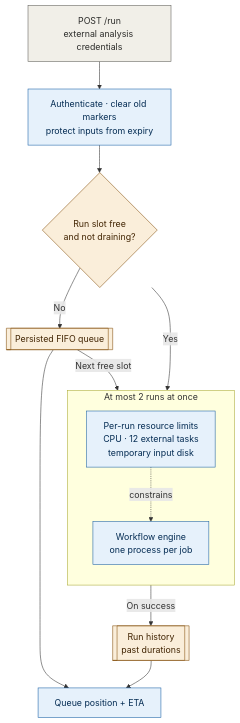
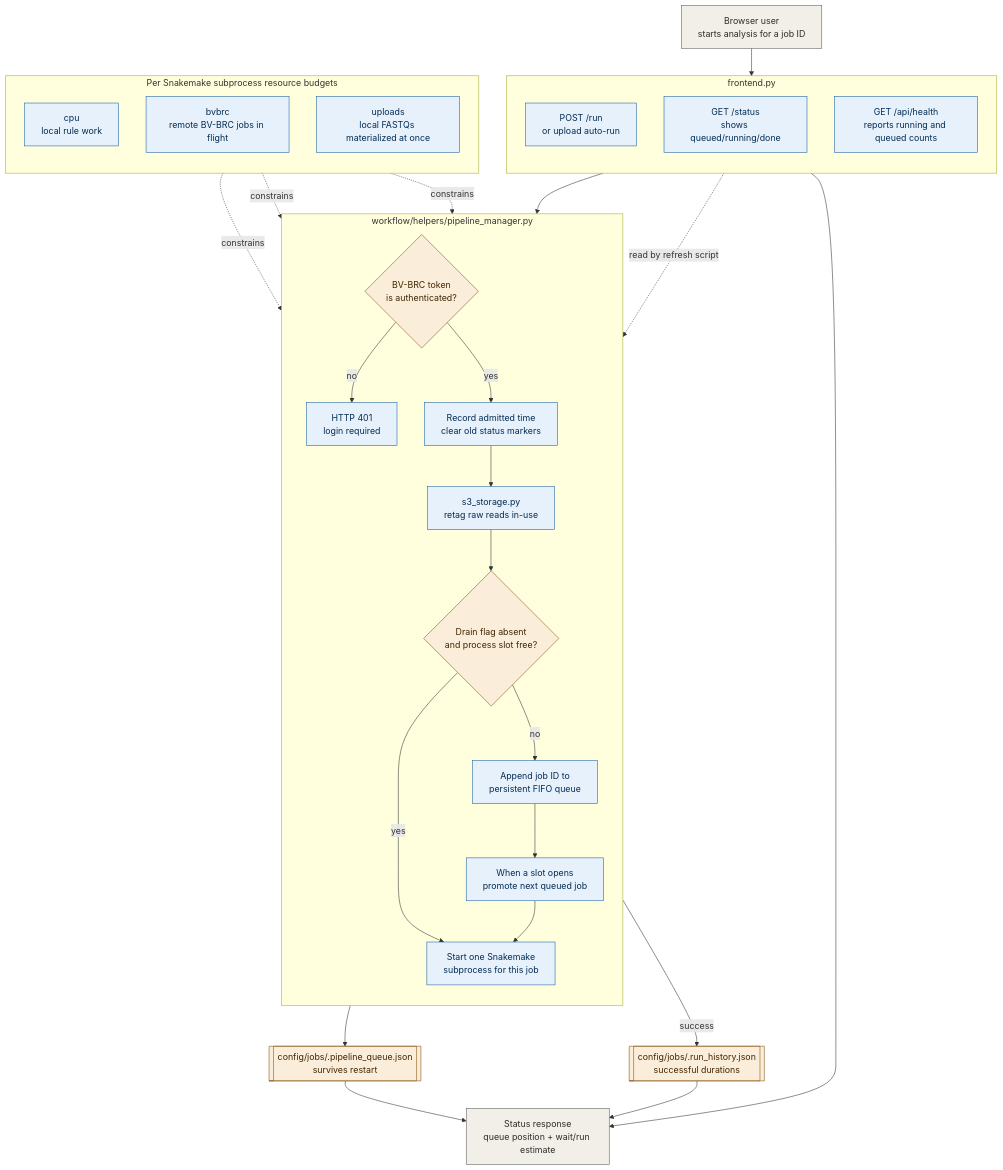
Before and after one commit to kennethtrancoding/bioinformatics: the second of 5 diagrams in docs/architecture.md, drawn with Mermaid. The commit also changed other lines of this file and 43 other files, not shown here.

First line of the commit message:
Rename workflow/lib to workflow/helpers; add durability and scaling docs

````diff
--- a/docs/architecture.md
+++ b/docs/architecture.md
@@ -60,33 +85,59 @@
 ```mermaid
 flowchart TB
-    RUNREQ["POST /run<br/>external analysis credentials"]
-    ADMIT["Authenticate · clear old markers<br/>protect inputs from expiry"]
-    SLOT{"Run slot free<br/>and not draining?"}
-    QUEUE[["Persisted FIFO queue"]]
+    USER["Browser user<br/>starts analysis for a job ID"]
 
-    subgraph WORK["At most 2 runs at once"]
+    subgraph ROUTES["frontend.py"]
         direction TB
-        POOLS["Per-run resource limits<br/>CPU · 12 external tasks<br/>temporary input disk"]
-        RUN["Workflow engine<br/>one process per job"]
-        POOLS -. constrains .-> RUN
+        RUNREQ["POST /run<br/>or upload auto-run"]
+        STATUS["GET /status<br/>shows queued/running/done"]
+        HEALTH["GET /api/health<br/>reports running and queued counts"]
     end
 
-    HIST[["Run history<br/>past durations"]]
-    ETA["Queue position + ETA"]
+    subgraph MANAGER["workflow/helpers/pipeline_manager.py"]
+        direction TB
+        AUTH{"BV-BRC token<br/>is authenticated?"}
+        ADMIT["Record admitted time<br/>clear old status markers"]
+        CLAIM["s3_storage.py<br/>retag raw reads in-use"]
+        SLOT{"Drain flag absent<br/>and process slot free?"}
+        START["Start one Snakemake<br/>subprocess for this job"]
+        ENQUEUE["Append job ID to<br/>persistent FIFO queue"]
+        DRAIN["When a slot opens<br/>promote next queued job"]
+        DENY["HTTP 401<br/>login required"]
 
-    RUNREQ --> ADMIT --> SLOT
-    SLOT -- Yes --> RUN
-    SLOT -- No --> QUEUE
-    QUEUE -- Next free slot --> RUN
+        AUTH -- no --> DENY
+        AUTH -- yes --> ADMIT --> CLAIM --> SLOT
+        SLOT -- yes --> START
+        SLOT -- no --> ENQUEUE
+        ENQUEUE --> DRAIN --> START
+    end
+
+    subgraph LIMITS["Per Snakemake subprocess resource budgets"]
+        direction TB
+        CPU["cpu<br/>local rule work"]
+        BVBRC["bvbrc<br/>remote BV-BRC jobs in flight"]
+        UPLOADS["uploads<br/>local FASTQs materialized at once"]
+        CPU -. constrains .-> START
+        BVBRC -. constrains .-> START
+        UPLOADS -. constrains .-> START
+    end
+
+    QUEUE[["config/jobs/.pipeline_queue.json<br/>survives restart"]]
+    HIST[["config/jobs/.run_history.json<br/>successful durations"]]
+    ETA["Status response<br/>queue position + wait/run estimate"]
+
+    USER --> RUNREQ
+    RUNREQ --> AUTH
+    ENQUEUE --> QUEUE
+    STATUS --> ETA
     QUEUE --> ETA
     HIST --> ETA
-    RUN -- On success --> HIST
+    START -- success --> HIST
+    HEALTH -. read by refresh script .-> START
 
     classDef client fill:#F1EFE8,stroke:#5F5E5A,color:#2C2C2A
     classDef app fill:#E6F1FB,stroke:#185FA5,color:#042C53
     classDef state fill:#FAEEDA,stroke:#854F0B,color:#412402
-    class RUNREQ client
-    class ADMIT,RUN,POOLS,ETA app
-    class SLOT state
-    class QUEUE,HIST state
+    class USER,ETA client
+    class RUNREQ,STATUS,HEALTH,ADMIT,CLAIM,START,ENQUEUE,DRAIN,DENY,CPU,BVBRC,UPLOADS app
+    class AUTH,SLOT,QUEUE,HIST state
 ```
````
